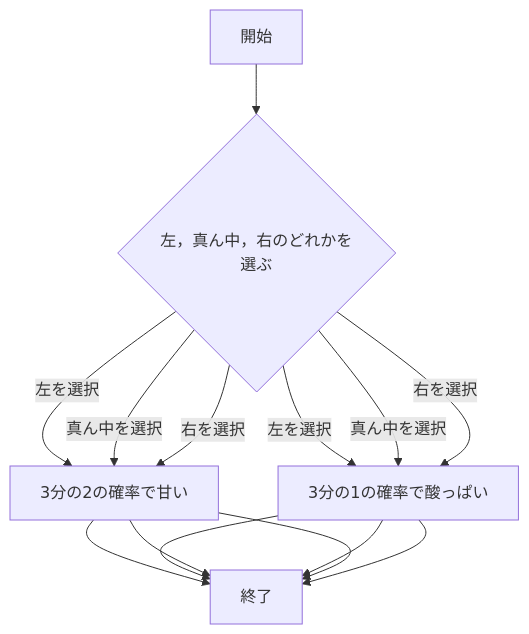
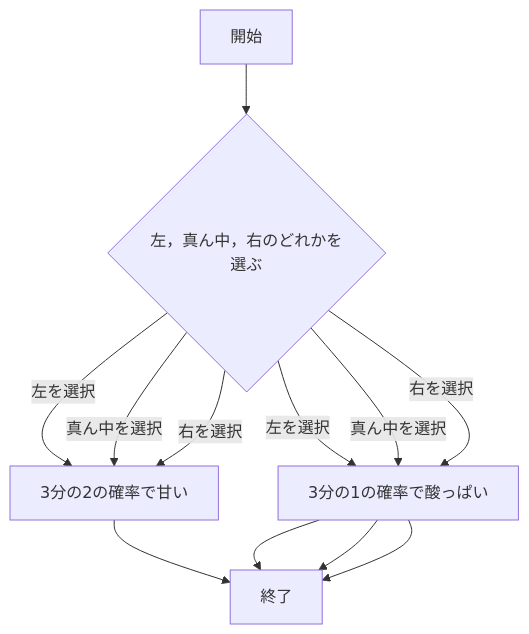
The ninth of 9 diagrams in README.md (km919/webpro_06), drawn with Mermaid before and after one commit.

Commit message:
12月27日2:18に編集済

````diff
--- a/README.md
+++ b/README.md
@@ -315,21 +315,19 @@
 ```mermaid
 flowchart TD;
 start["開始"];
 end1["終了"]
 if{"左，真ん中，右のどれかを選ぶ"}
 start --> if
 if --> |左を選択| 3分の2の確率で甘い
 3分の2の確率で甘い --> end1
 if --> |左を選択| 3分の1の確率で酸っぱい
 3分の1の確率で酸っぱい --> end1
 
 if --> |真ん中を選択| 3分の2の確率で甘い
-3分の2の確率で甘い --> end1
 if --> |真ん中を選択| 3分の1の確率で酸っぱい
 3分の1の確率で酸っぱい --> end1
 
 if --> |右を選択| 3分の2の確率で甘い
-3分の2の確率で甘い --> end1
 if --> |右を選択| 3分の1の確率で酸っぱい
 3分の1の確率で酸っぱい --> end1
 ```
````
